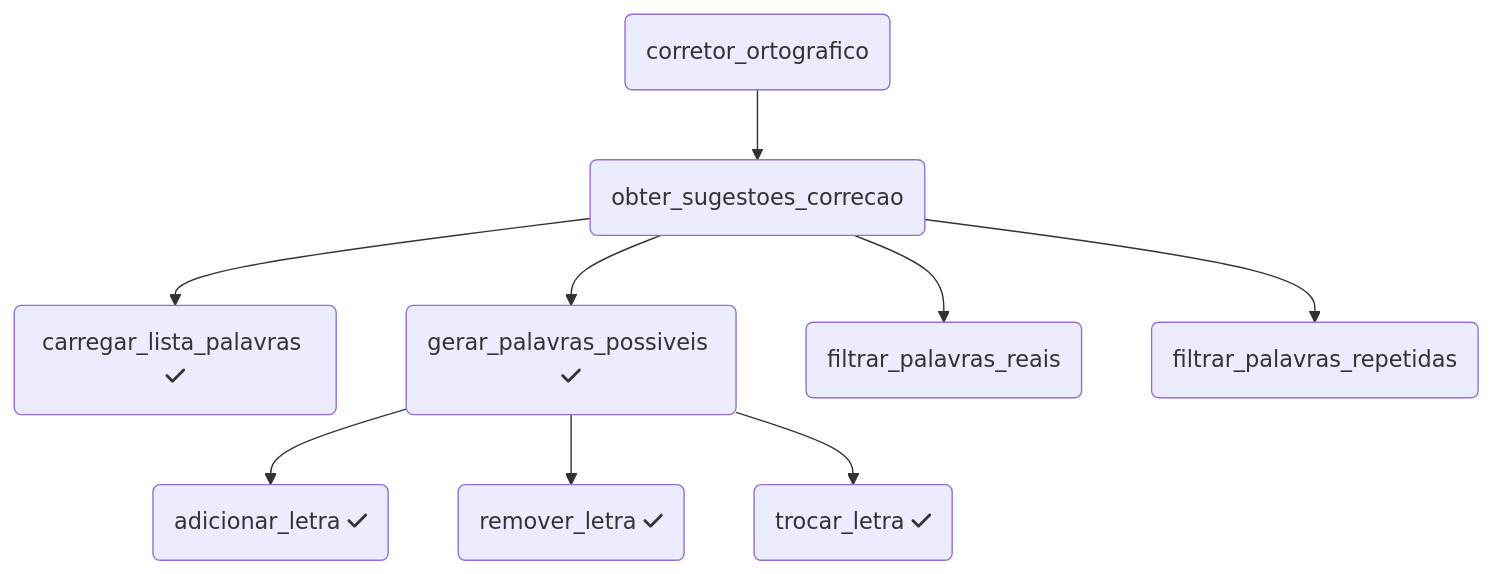
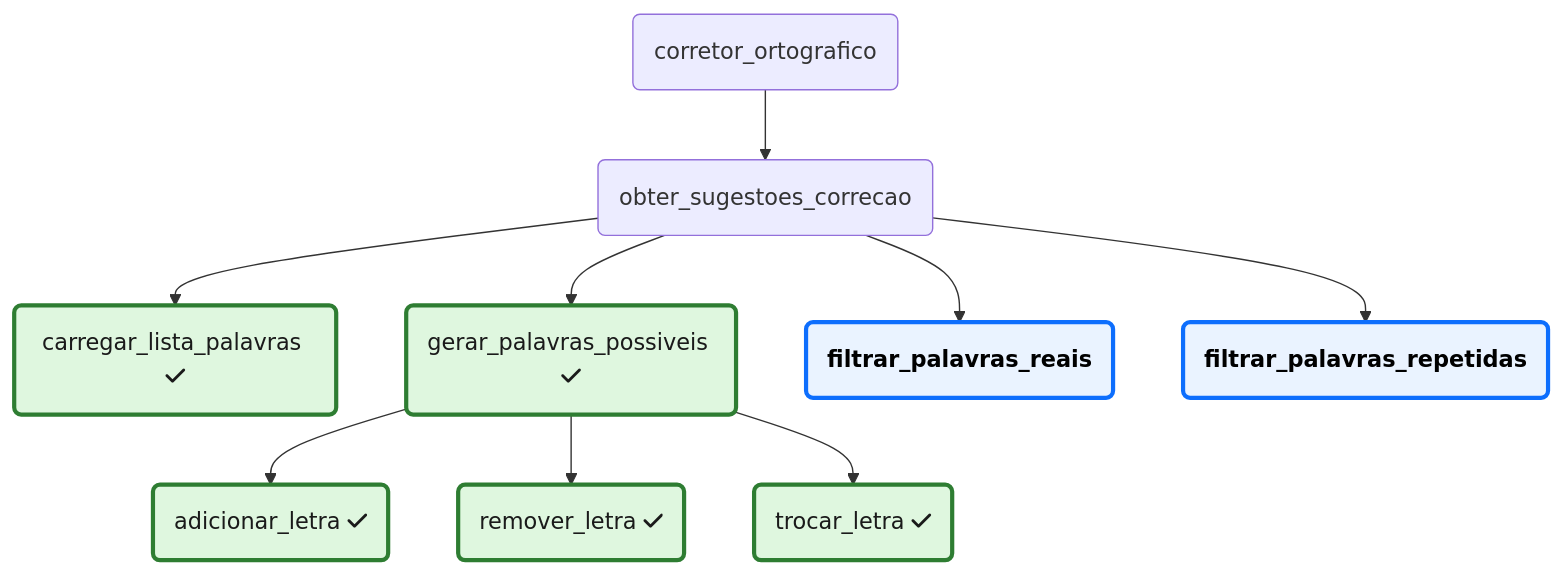
One commit to ufla-pasia/pasia-slides changed the ninth of 11 diagrams in aula_t4.qmd. Above: the diagram before and after it, drawn with Mermaid. The commit also changed other lines of this file and 2 other files, not shown here.

Commit message:
t4: melhorias diagramas e outros

````diff
--- a/aula_t4.qmd
+++ b/aula_t4.qmd
@@ -839,11 +883,22 @@
 ```{mermaid}
 flowchart TD
   A(corretor_ortografico) --> B(obter_sugestoes_correcao)
   B --> C1(carregar_lista_palavras fa:fa-check)
   B --> C2(gerar_palavras_possiveis fa:fa-check)
   C2 --> D1(adicionar_letra fa:fa-check)
   C2 --> D2(remover_letra fa:fa-check)
   C2 --> D3(trocar_letra fa:fa-check)
   B --> C3(filtrar_palavras_reais)
   B --> C4(filtrar_palavras_repetidas)
+
+  classDef Concluido fill:#dff7df,stroke:#2e7d32,stroke-width:3px,color:#1a1a1a;
+  class C1 Concluido;
+  class D1 Concluido;
+  class D2 Concluido;
+  class D3 Concluido;
+  class C2 Concluido;
+
+  classDef Foco fill:#eaf3ff,stroke:#0d6efd,stroke-width:3px,color:#000,font-weight:bold
+  class C3 Foco;
+  class C4 Foco;
 ```
````
